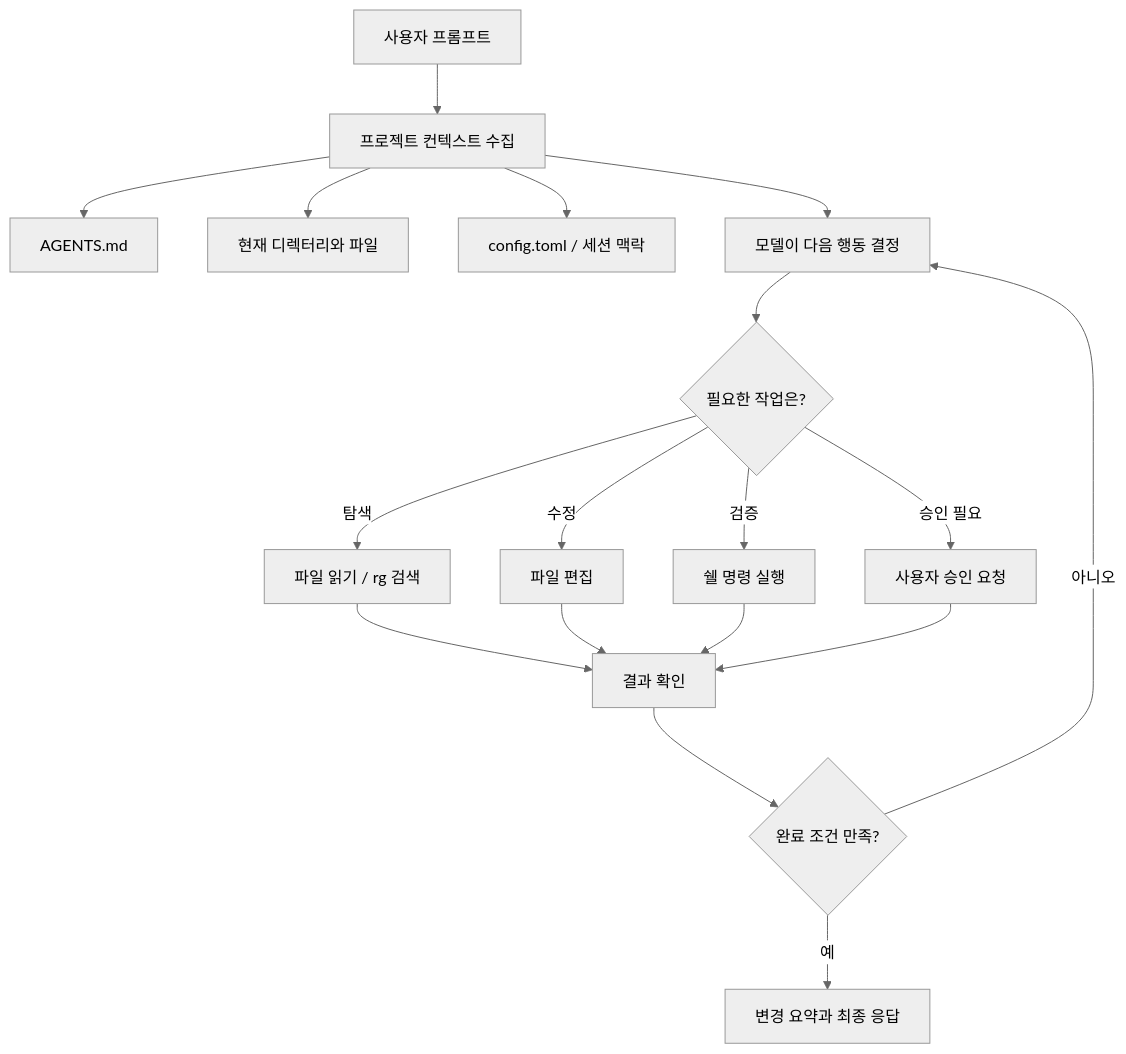
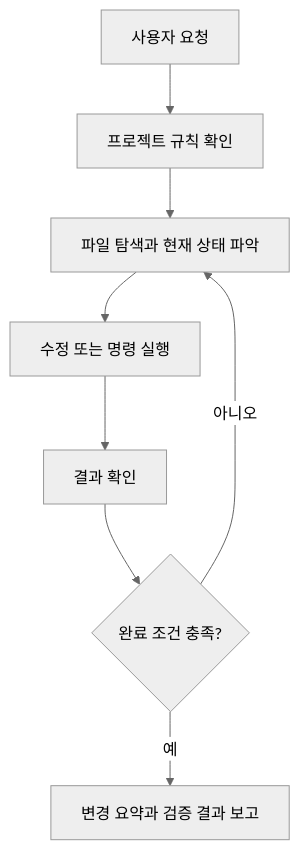
The diagram in ai/2026-05-04_codex-cli.md (pasudo123/software-zero-to-all), drawn with Mermaid (neutral theme) before and after one commit. The commit also changed other lines of this file and 38 other files, not shown here.

````diff
--- a/ai/2026-05-04_codex-cli.md
+++ b/ai/2026-05-04_codex-cli.md
@@ -31,24 +33,10 @@
 ```mermaid
 flowchart TD
-    A[사용자 프롬프트] --> B[프로젝트 컨텍스트 수집]
-    B --> B1[AGENTS.md]
-    B --> B2[현재 디렉터리와 파일]
-    B --> B3[config.toml / 세션 맥락]
-
-    B --> C[모델이 다음 행동 결정]
-    C --> D{필요한 작업은?}
-
-    D -->|탐색| E[파일 읽기 / rg 검색]
-    D -->|수정| F[파일 편집]
-    D -->|검증| G[쉘 명령 실행]
-    D -->|승인 필요| H[사용자 승인 요청]
-
-    E --> I[결과 확인]
-    F --> I
-    G --> I
-    H --> I
-
-    I --> J{완료 조건 만족?}
-    J -->|아니오| C
-    J -->|예| K[변경 요약과 최종 응답]
+    A[사용자 요청] --> B[프로젝트 규칙 확인]
+    B --> C[파일 탐색과 현재 상태 파악]
+    C --> D[수정 또는 명령 실행]
+    D --> E[결과 확인]
+    E --> F{완료 조건 충족?}
+    F -->|아니오| C
+    F -->|예| G[변경 요약과 검증 결과 보고]
 ```
````
